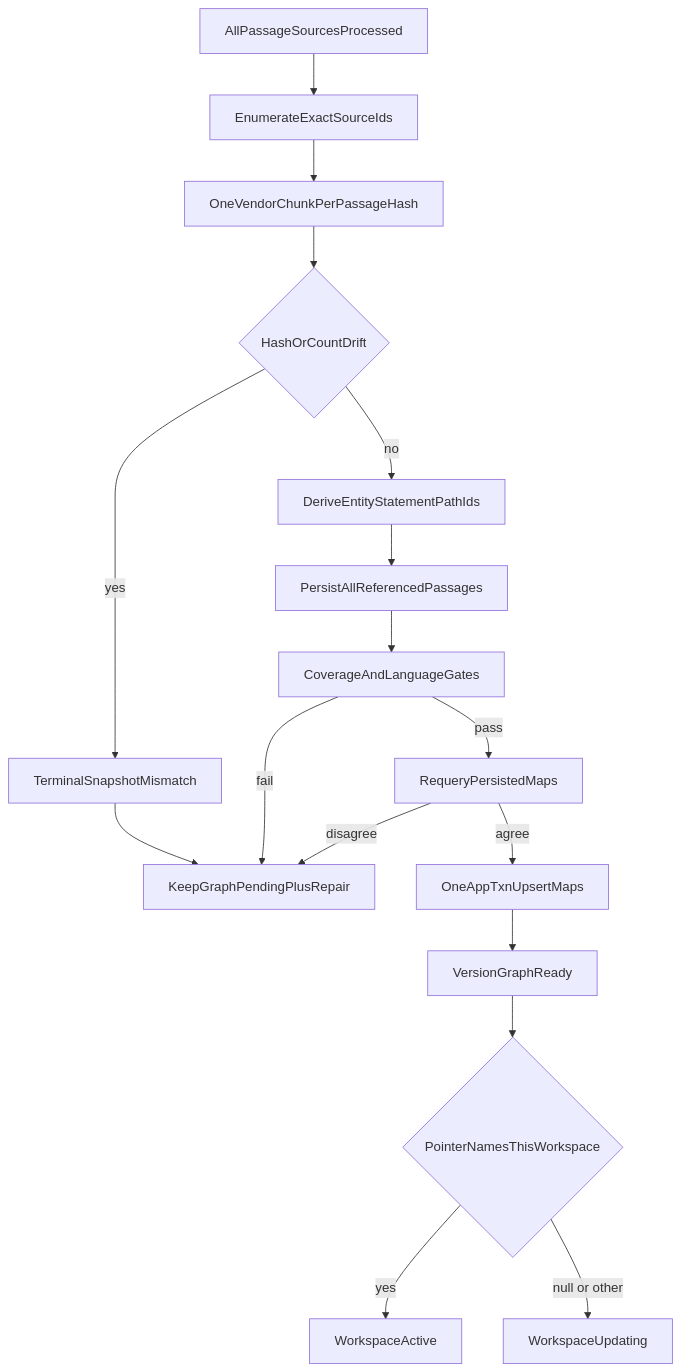
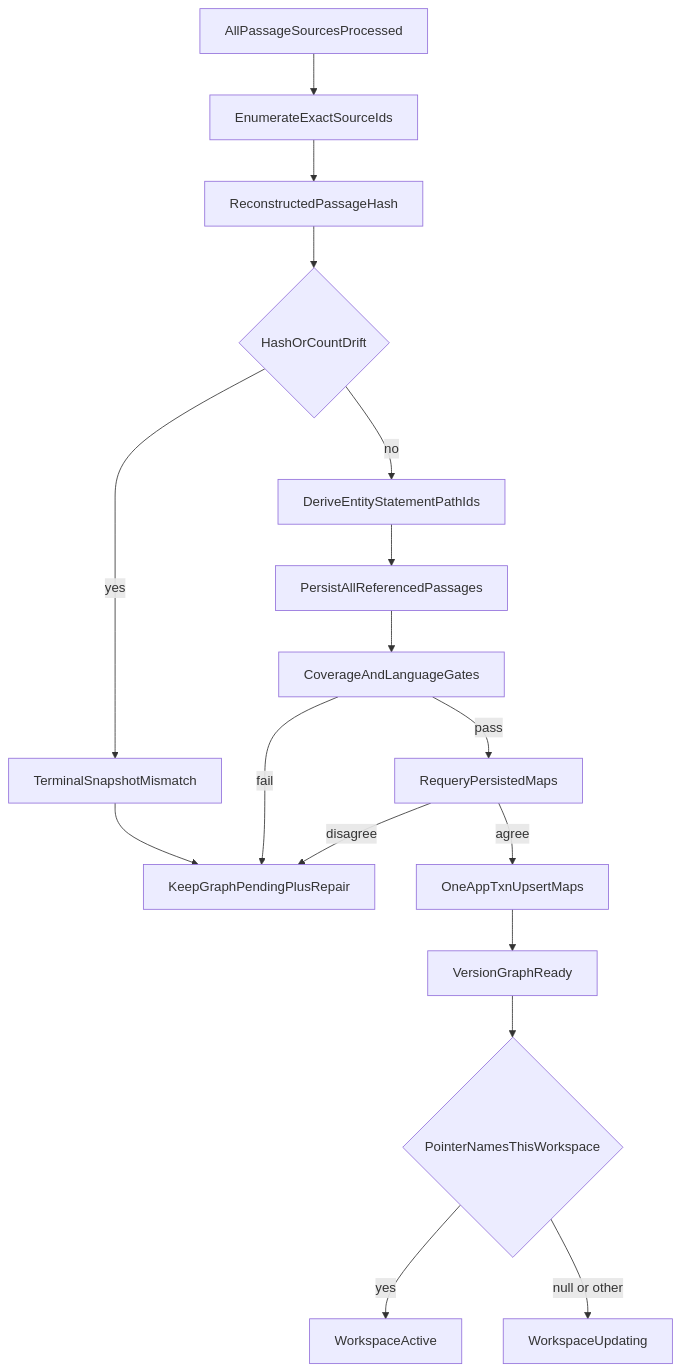
One commit to Nagdy8888/smart-rag changed the first of 2 diagrams in docs/graph/MAPPING.md. Above: the diagram before and after it, drawn with Mermaid. The commit also changed other lines of this file and 91 other files, not shown here.

````diff
--- a/docs/graph/MAPPING.md
+++ b/docs/graph/MAPPING.md
@@ -49,19 +49,19 @@
 ```mermaid
 flowchart TD
   processed[AllPassageSourcesProcessed] --> enumerate[EnumerateExactSourceIds]
-  enumerate --> bijection[OneVendorChunkPerPassageHash]
+  enumerate --> bijection[ReconstructedPassageHash]
   bijection --> drift{HashOrCountDrift}
   drift -->|yes| mismatch[TerminalSnapshotMismatch]
   mismatch --> pending[KeepGraphPendingPlusRepair]
   drift -->|no| deriveIds[DeriveEntityStatementPathIds]
   deriveIds --> multi[PersistAllReferencedPassages]
   multi --> gates[CoverageAndLanguageGates]
   gates -->|pass| requery[RequeryPersistedMaps]
   requery -->|agree| txn[OneAppTxnUpsertMaps]
   txn --> ready[VersionGraphReady]
   ready --> pointer{PointerNamesThisWorkspace}
   pointer -->|yes| active[WorkspaceActive]
   pointer -->|null or other| stay[WorkspaceUpdating]
   gates -->|fail| pending
   requery -->|disagree| pending
 ```
````
